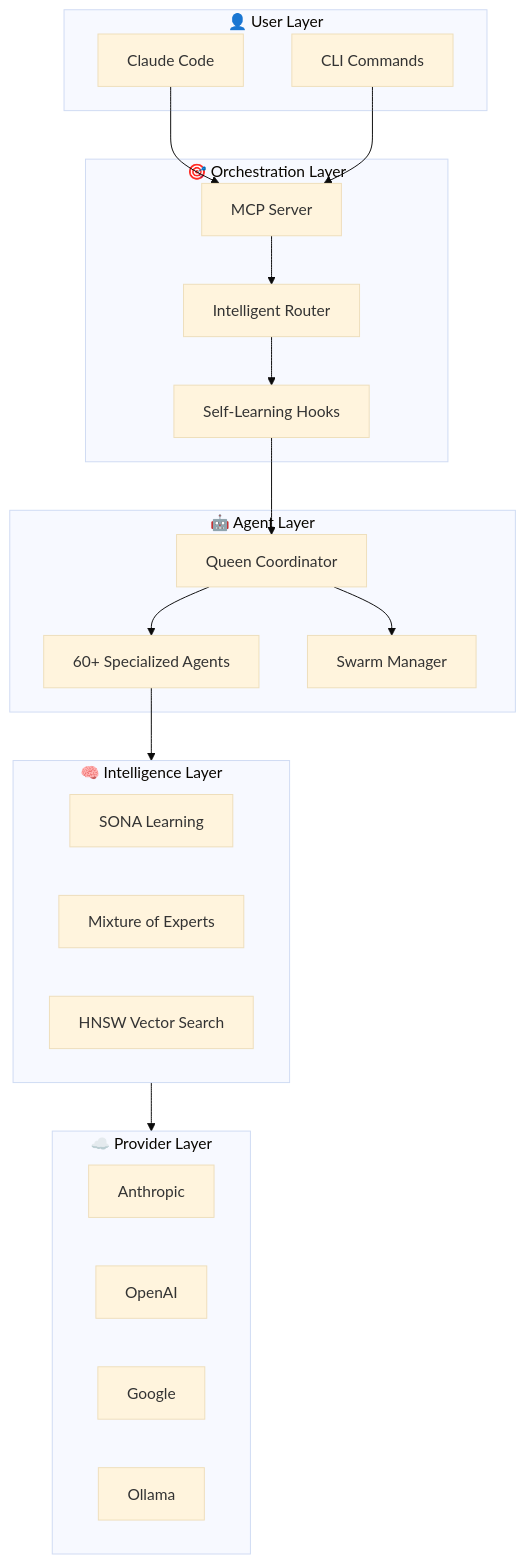
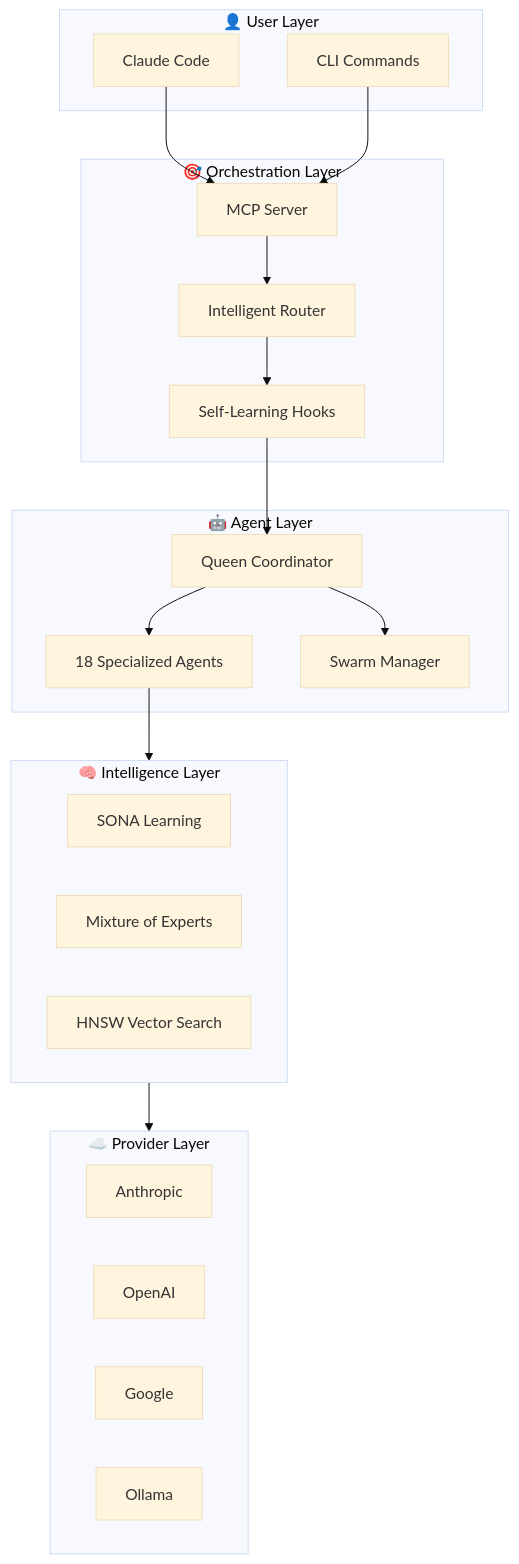
Before and after one commit to hypnwtykvmpr/hive-flow: the second of 6 diagrams in README.md, drawn with Mermaid (base theme). The commit also changed other lines of this file and 1 other file, not shown here.

````diff
--- a/README.md
+++ b/README.md
@@ -819,42 +819,42 @@
 ```mermaid
 flowchart TB
     subgraph User["👤 User Layer"]
         CC[Claude Code]
         CLI[CLI Commands]
     end
 
     subgraph Orchestration["🎯 Orchestration Layer"]
         MCP[MCP Server]
         Router[Intelligent Router]
         Hooks[Self-Learning Hooks]
     end
 
     subgraph Agents["🤖 Agent Layer"]
         Queen[Queen Coordinator]
-        Workers[60+ Specialized Agents]
+        Workers[18 Specialized Agents]
         Swarm[Swarm Manager]
     end
 
     subgraph Intelligence["🧠 Intelligence Layer"]
         SONA[SONA Learning]
         MoE[Mixture of Experts]
         HNSW[HNSW Vector Search]
     end
 
     subgraph Providers["☁️ Provider Layer"]
         Anthropic[Anthropic]
         OpenAI[OpenAI]
         Google[Google]
         Ollama[Ollama]
     end
 
     CC --> MCP
     CLI --> MCP
     MCP --> Router
     Router --> Hooks
     Hooks --> Queen
     Queen --> Workers
     Queen --> Swarm
     Workers --> Intelligence
     Intelligence --> Providers
 ```
````
